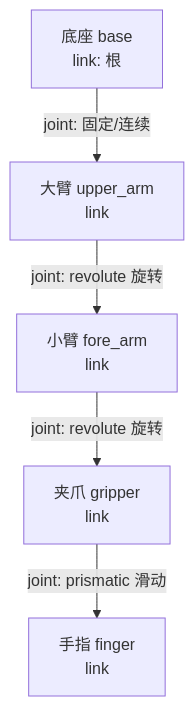
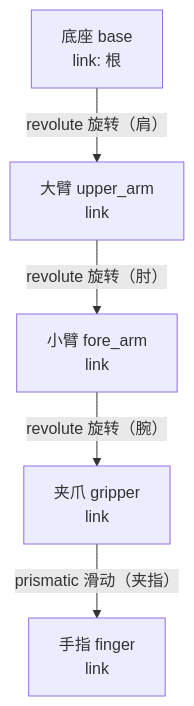
One commit to zizhengwang2026/Embodied-Intelligence-Learning changed the first of 2 diagrams in study-log/2026-08-16-lecture-03-zh.md. Above: the diagram before and after it, drawn with Mermaid. The commit also changed other lines of this file, not shown here.

````diff
--- a/study-log/2026-08-16-lecture-03-zh.md
+++ b/study-log/2026-08-16-lecture-03-zh.md
@@ -113,7 +102,7 @@
 ```mermaid
 flowchart TD
-    BASE[底座 base<br/>link: 根] -->|joint: 固定/连续| L1[大臂 upper_arm<br/>link]
-    L1 -->|joint: revolute 旋转| L2[小臂 fore_arm<br/>link]
-    L2 -->|joint: revolute 旋转| L3[夹爪 gripper<br/>link]
-    L3 -->|joint: prismatic 滑动| F[手指 finger<br/>link]
+    BASE[底座 base<br/>link: 根] -->|revolute 旋转（肩）| L1[大臂 upper_arm<br/>link]
+    L1 -->|revolute 旋转（肘）| L2[小臂 fore_arm<br/>link]
+    L2 -->|revolute 旋转（腕）| L3[夹爪 gripper<br/>link]
+    L3 -->|prismatic 滑动（夹指）| F[手指 finger<br/>link]
 ```
````
